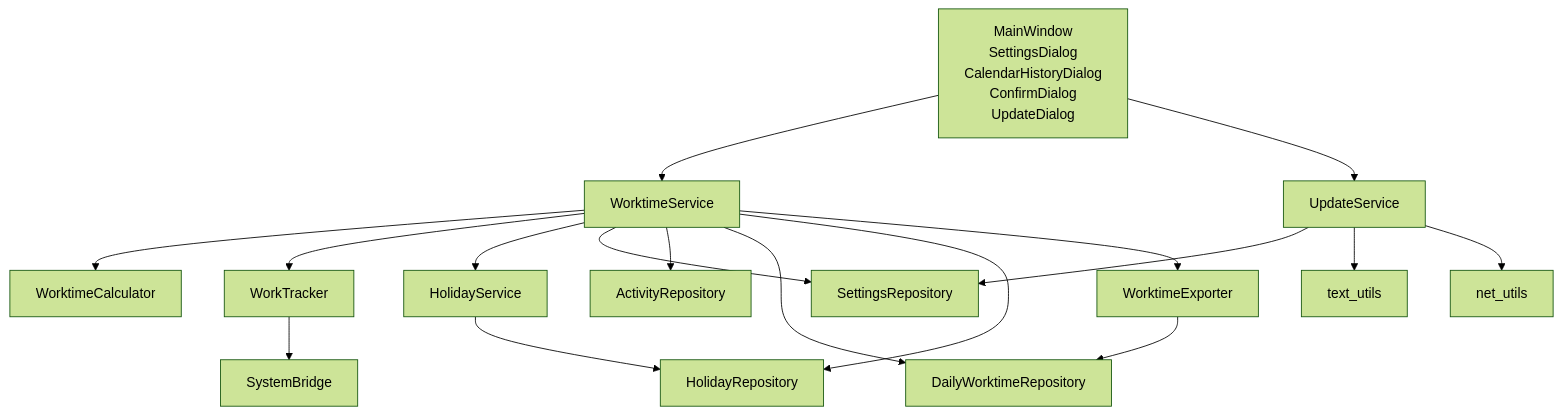
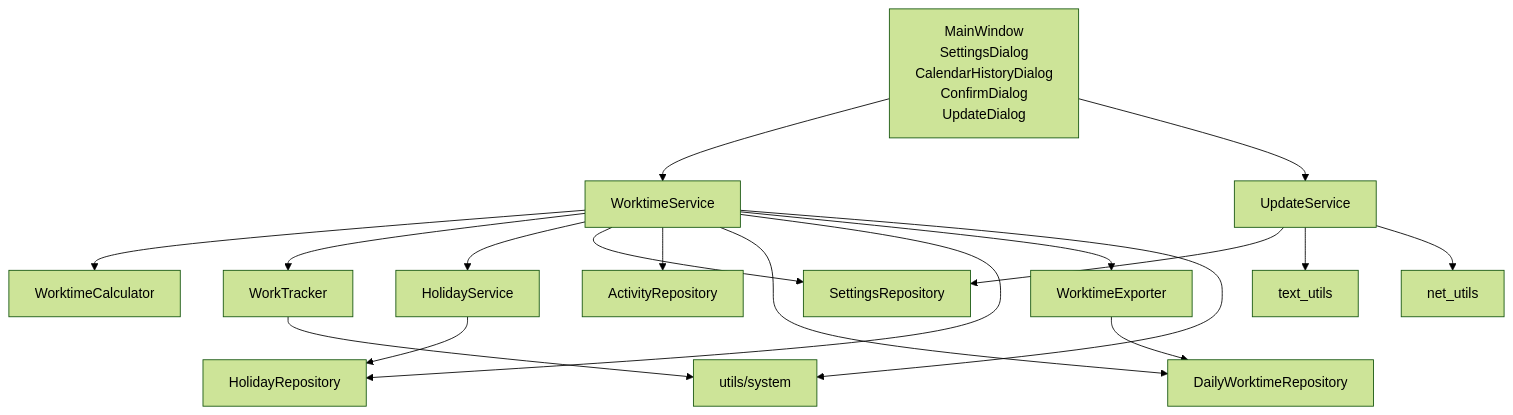
The diagram in ARCHITECTURE.md (Tsing-gu/worktime-tracker), drawn with Mermaid (forest theme) before and after one commit. The commit also changed other lines of this file, not shown here.

Commit message:
更新 ARCHITECTURE.md: v0.10.0 架构同步

````diff
--- a/ARCHITECTURE.md
+++ b/ARCHITECTURE.md
@@ -30,19 +30,20 @@
 ```mermaid
 graph TD
   MainWindow[MainWindow<br/>SettingsDialog<br/>CalendarHistoryDialog<br/>ConfirmDialog<br/>UpdateDialog] --> WorktimeService
   MainWindow --> UpdateService
   WorktimeService --> WorktimeCalculator
   WorktimeService --> WorkTracker
   WorktimeService --> HolidayService
   WorktimeService --> SettingsRepository
   WorktimeService --> ActivityRepository
   WorktimeService --> DailyWorktimeRepository
   WorktimeService --> HolidayRepository
   WorktimeService --> WorktimeExporter
-  WorkTracker --> SystemBridge
+  WorktimeService --> utils/system
+  WorkTracker --> utils/system
   HolidayService --> HolidayRepository
   WorktimeExporter --> DailyWorktimeRepository
   UpdateService --> SettingsRepository
   UpdateService --> text_utils
   UpdateService --> net_utils
 ```
````
